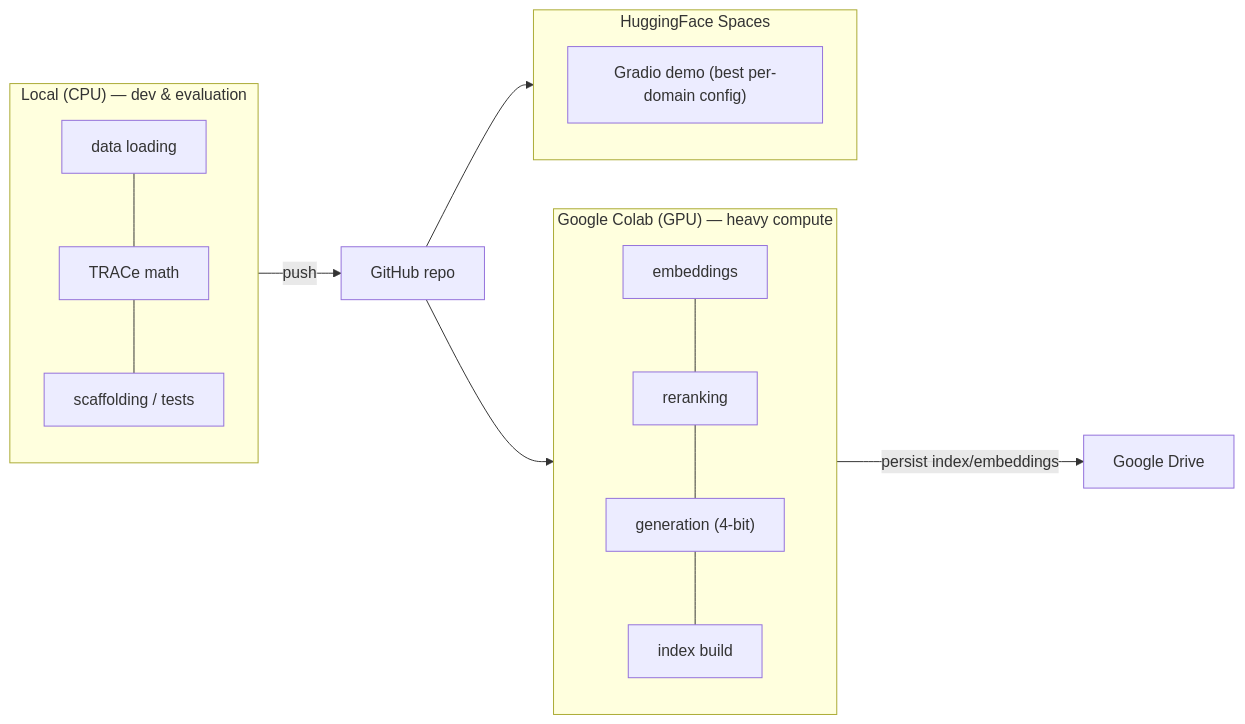
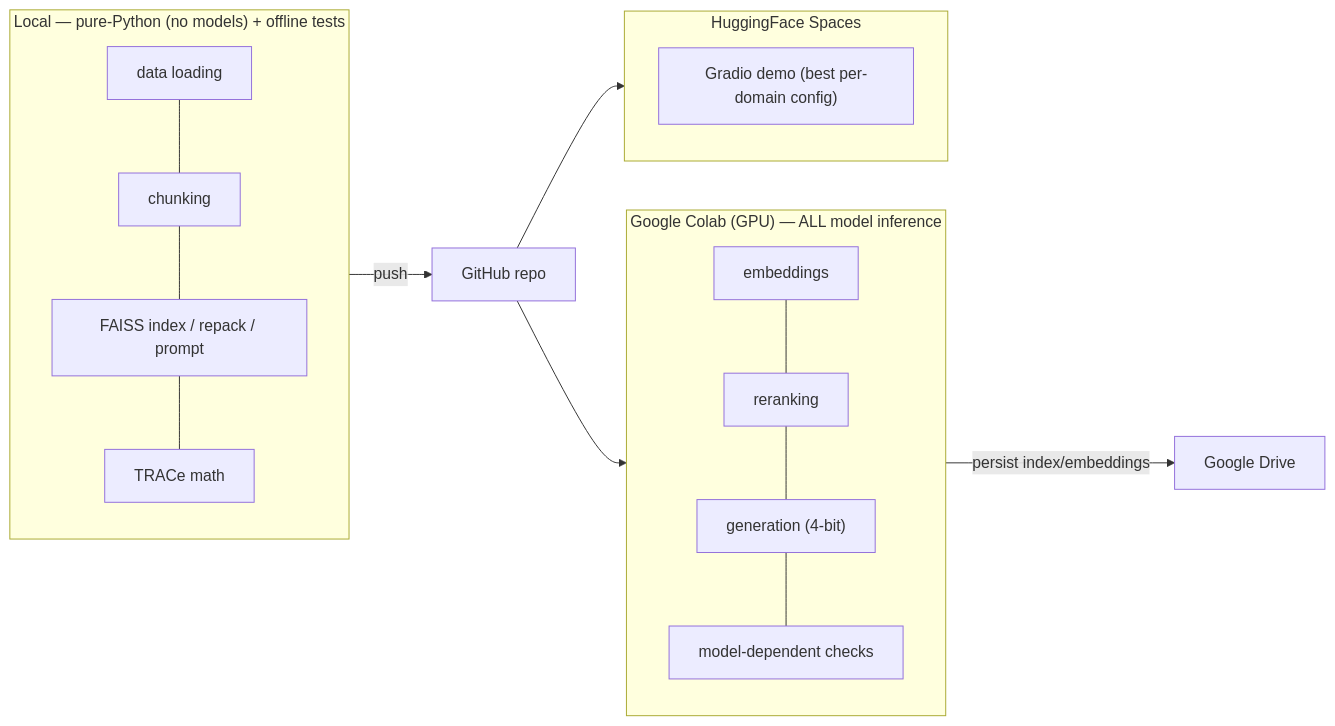
The third of 3 diagrams in docs/HLD.md (abhisagar123/CapstoneRAG), drawn with Mermaid before and after one commit. The commit also changed other lines of this file and 1 other file, not shown here.

Commit message:
Propagate "all models on Colab" policy to HLD + requirements
Doc-currency follow-up: the Colab-only-models constraint was reflected in
AI_CONTEXT + README but the HLD (the architecture doc) and requirements.txt
still implied small models run locally.

- docs/HLD.md: constraint #4 now states all model inference (embedder,
  reranker, generator) runs on Colab; tech-stack note and the deployment
  diagram corrected (pure-Python incl. FAISS index runs local; all model
  inference + model-dependent checks on Colab).
- requirements.txt: transformers now active (not a "future" comment) since
  brick 7 uses it; bitsandbytes/accelerate noted as Colab-only for 4-bit.

No code change; docs/deps only.

````diff
--- a/docs/HLD.md
+++ b/docs/HLD.md
@@ -187,16 +189,16 @@
 ```mermaid
 flowchart LR
-    subgraph local["Local (CPU) — dev & evaluation"]
-        DL["data loading"] --- EVALM["TRACe math"] --- SCAFF["scaffolding / tests"]
+    subgraph local["Local — pure-Python (no models) + offline tests"]
+        DL["data loading"] --- CHK["chunking"] --- IDXP["FAISS index / repack / prompt"] --- EVALM["TRACe math"]
     end
-    subgraph colab["Google Colab (GPU) — heavy compute"]
-        EMB["embeddings"] --- RERANK["reranking"] --- GENC["generation (4-bit)"] --- IDXP["index build"]
+    subgraph colab["Google Colab (GPU) — ALL model inference"]
+        EMB["embeddings"] --- RERANK["reranking"] --- GENC["generation (4-bit)"] --- VAL["model-dependent checks"]
     end
     subgraph hf["HuggingFace Spaces"]
         GR["Gradio demo (best per-domain config)"]
     end
     local -->|push| REPO["GitHub repo"]
     REPO --> colab
     colab -->|persist index/embeddings| DRIVE["Google Drive"]
     REPO --> hf
 ```
````
